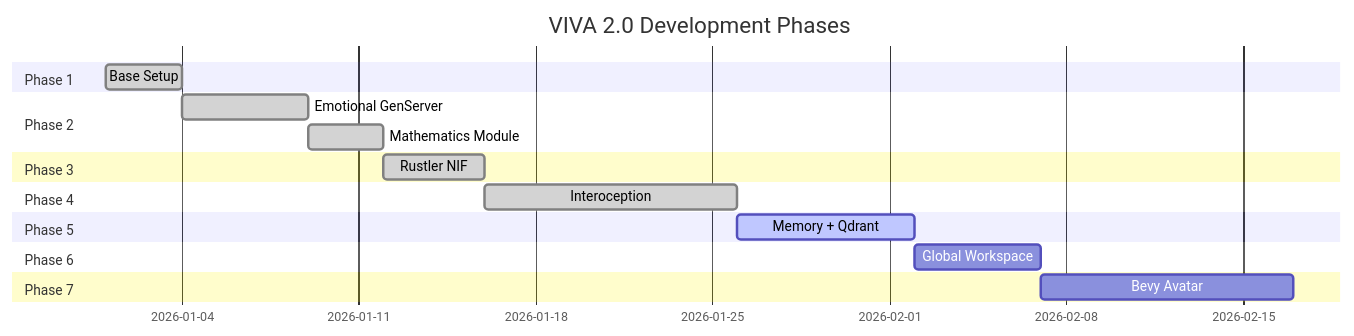
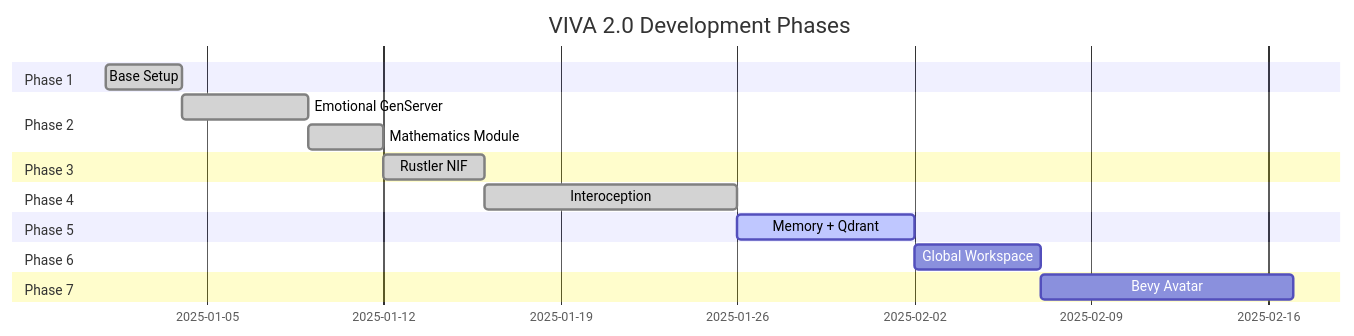
Before and after one commit to gabrielmaialva33/viva: the fourth of 4 diagrams in docs/en/explanation/project-status.md, drawn with Mermaid. The commit also changed other lines of this file and 12 other files, not shown here.

````diff
--- a/docs/en/explanation/project-status.md
+++ b/docs/en/explanation/project-status.md
@@ -334,27 +334,27 @@
 ```mermaid
 gantt
     title VIVA 2.0 Development Phases
     dateFormat  YYYY-MM-DD
 
     section Phase 1
-    Base Setup           :done, p1, 2026-01-01, 3d
+    Base Setup           :done, p1, 2025-01-01, 3d
 
     section Phase 2
     Emotional GenServer  :done, p2, after p1, 5d
     Mathematics Module   :done, p2m, after p2, 3d
 
     section Phase 3
     Rustler NIF          :done, p3, after p2m, 4d
 
     section Phase 4
     Interoception        :done, p4, after p3, 10d
 
     section Phase 5
     Memory + Qdrant      :active, p5, after p4, 7d
 
     section Phase 6
     Global Workspace     :p6, after p5, 5d
 
     section Phase 7
     Bevy Avatar          :p7, after p6, 10d
 ```
````
